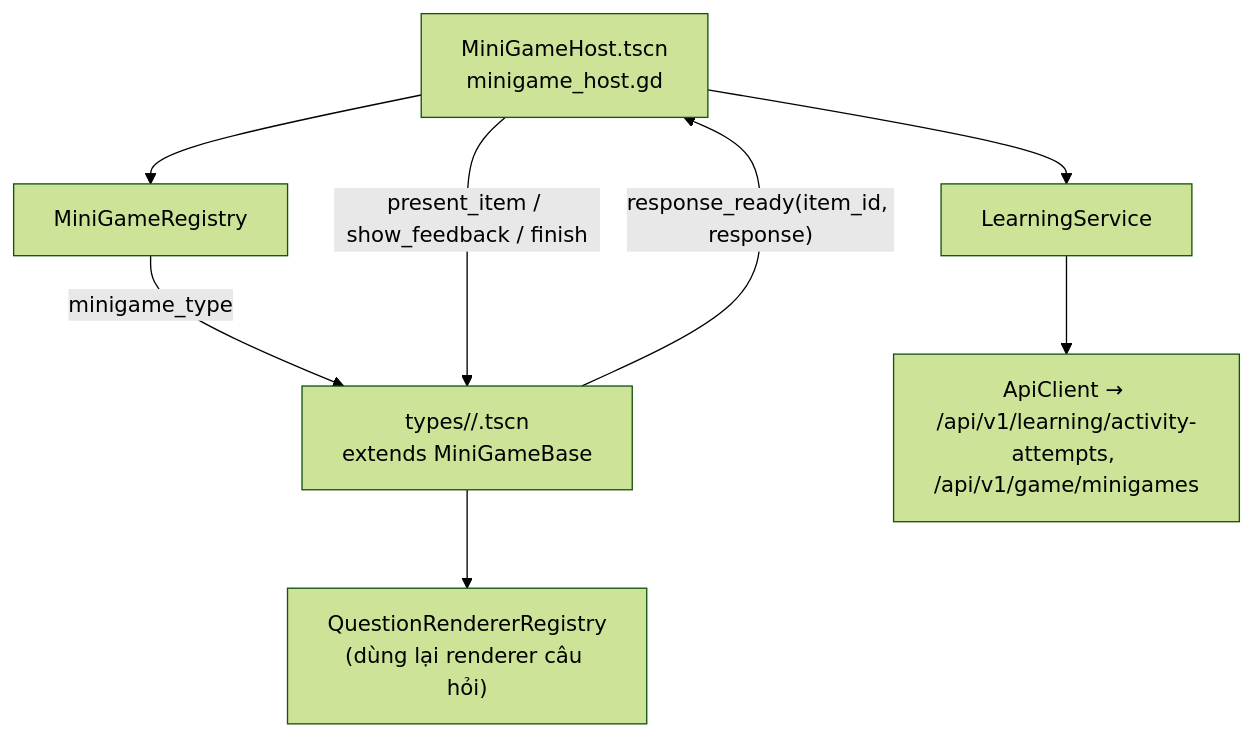
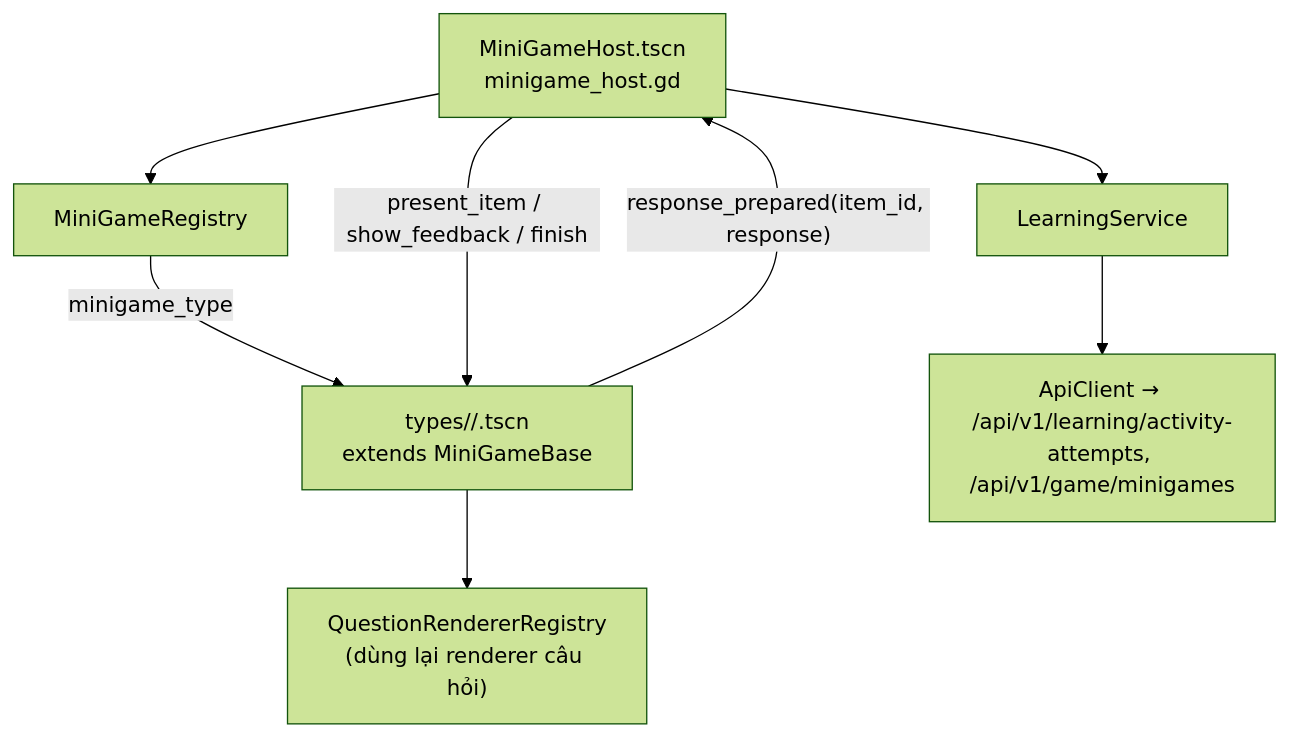
The first of 2 diagrams in docs/08-game-client/MINIGAME_ENGINE.md (tanguyen2020/eduworld-platform), drawn with Mermaid (forest theme) before and after one commit. The commit also changed other lines of this file and 241 other files, not shown here.

````diff
--- a/docs/08-game-client/MINIGAME_ENGINE.md
+++ b/docs/08-game-client/MINIGAME_ENGINE.md
@@ -64,10 +64,10 @@
 ```mermaid
 flowchart TB
   Host[MiniGameHost.tscn\nminigame_host.gd] --> Reg[MiniGameRegistry]
   Reg -->|minigame_type| Scene["types/<type>/<Type>.tscn\nextends MiniGameBase"]
   Host --> LS[LearningService]
   LS --> API[ApiClient → /api/v1/learning/activity-attempts, /api/v1/game/minigames]
-  Scene -- response_ready(item_id, response) --> Host
+  Scene -- response_prepared(item_id, response) --> Host
   Host -- present_item / show_feedback / finish --> Scene
   Scene --> QR["QuestionRendererRegistry\n(dùng lại renderer câu hỏi)"]
 ```
````
